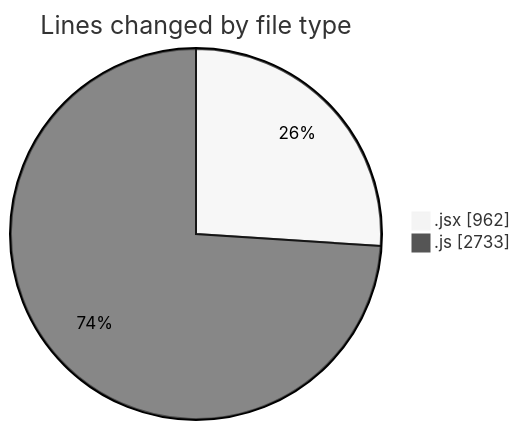
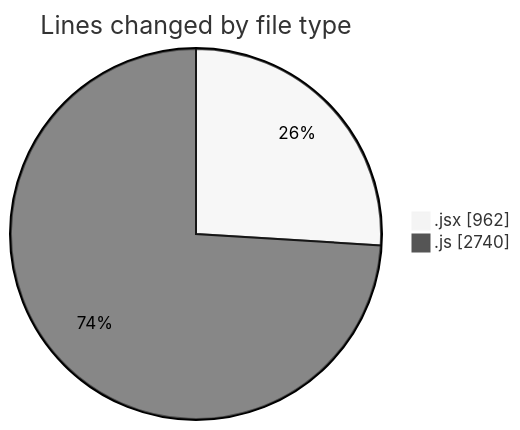
Before and after one commit to nxtqubesakshisongat/code-tracking: the first of 2 diagrams in 2025-11-07/nxtqube_webapp/README.md, drawn with Mermaid (neutral theme). The commit also changed other lines of this file and 1 other file, not shown here.

````diff
--- a/2025-11-07/nxtqube_webapp/README.md
+++ b/2025-11-07/nxtqube_webapp/README.md
@@ -24,6 +24,6 @@
 ```mermaid
 pie showData
 title Lines changed by file type
 ".jsx" : 962
-".js" : 2733
+".js" : 2740
 ```
````
